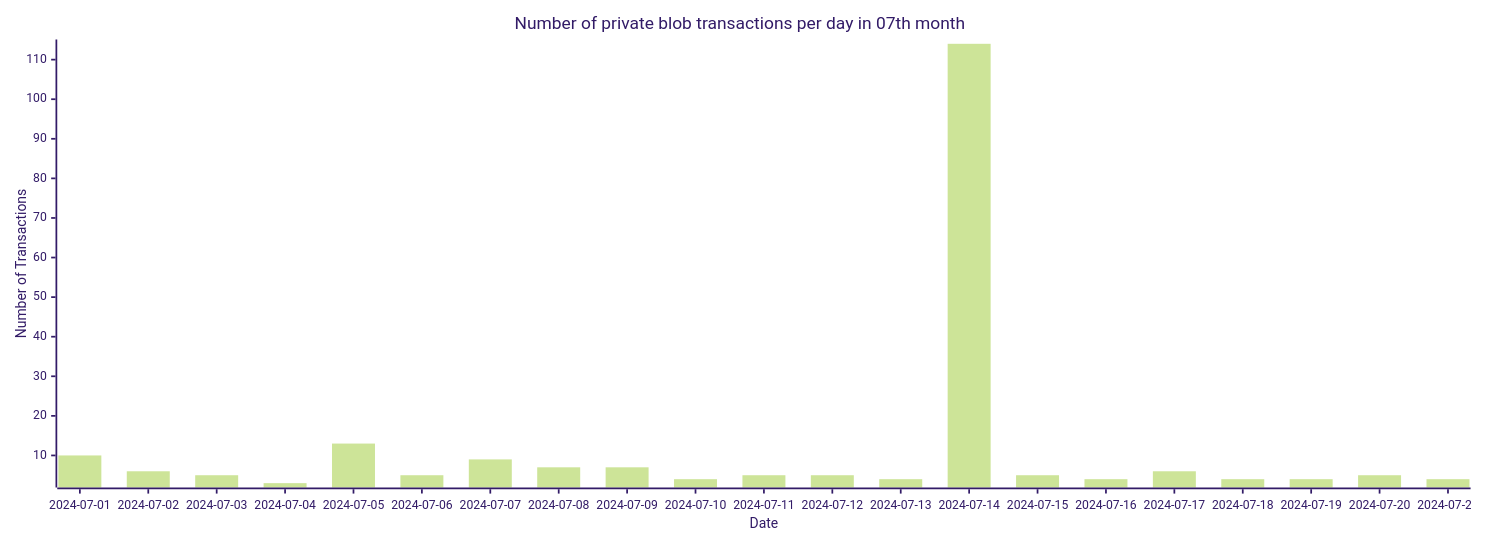
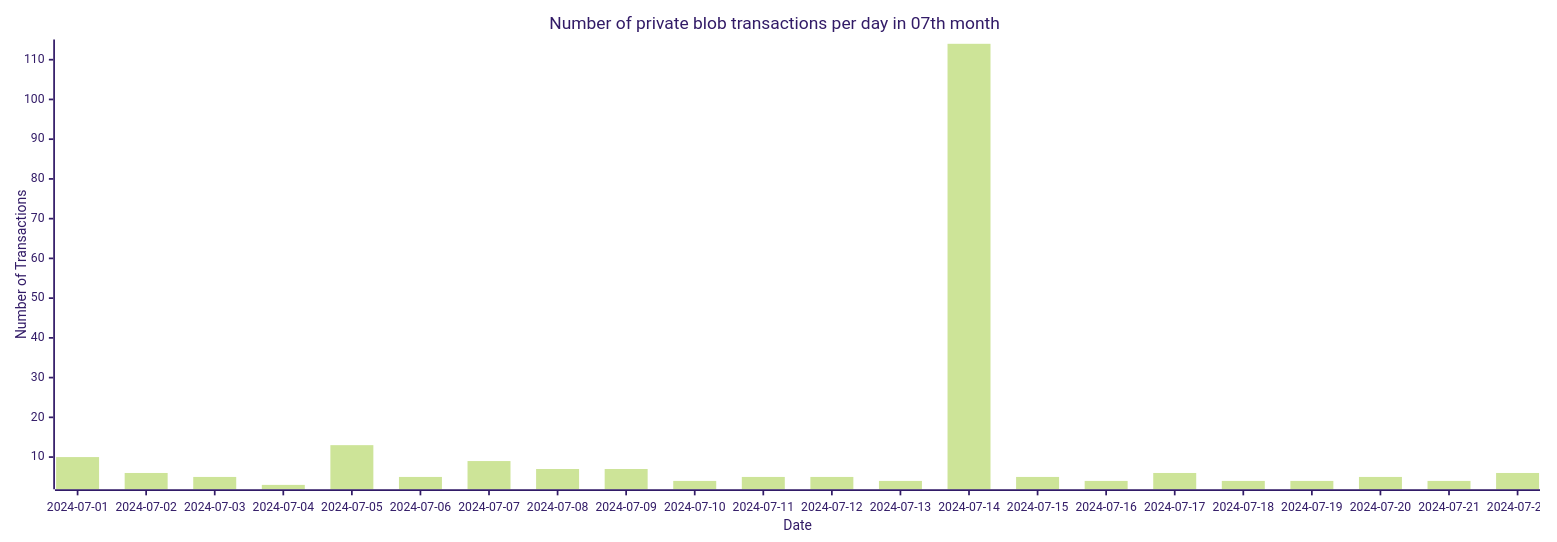
Before and after one commit to Amit0617/eip4844-data: the fifth of 5 diagrams in README.md, drawn with Mermaid (forest theme). The commit also changed 1 other file, not shown here.

````diff
--- a/README.md
+++ b/README.md
@@ -53,12 +53,12 @@
 ```mermaid
 ---
 config:
     xyChart:
-        width: 1680
+        width: 1760
         height: 600
 ---
 xychart-beta title "Number of private blob transactions per day in 07th month"
-x-axis "Date" [2024-07-01,2024-07-02,2024-07-03,2024-07-04,2024-07-05,2024-07-06,2024-07-07,2024-07-08,2024-07-09,2024-07-10,2024-07-11,2024-07-12,2024-07-13,2024-07-14,2024-07-15,2024-07-16,2024-07-17,2024-07-18,2024-07-19,2024-07-20,2024-07-21]
+x-axis "Date" [2024-07-01,2024-07-02,2024-07-03,2024-07-04,2024-07-05,2024-07-06,2024-07-07,2024-07-08,2024-07-09,2024-07-10,2024-07-11,2024-07-12,2024-07-13,2024-07-14,2024-07-15,2024-07-16,2024-07-17,2024-07-18,2024-07-19,2024-07-20,2024-07-21,2024-07-22]
 y-axis "Number of Transactions"
-bar[10,6,5,3,13,5,9,7,7,4,5,5,4,114,5,4,6,4,4,5,4]
+bar[10,6,5,3,13,5,9,7,7,4,5,5,4,114,5,4,6,4,4,5,4,6]
 ```
````
